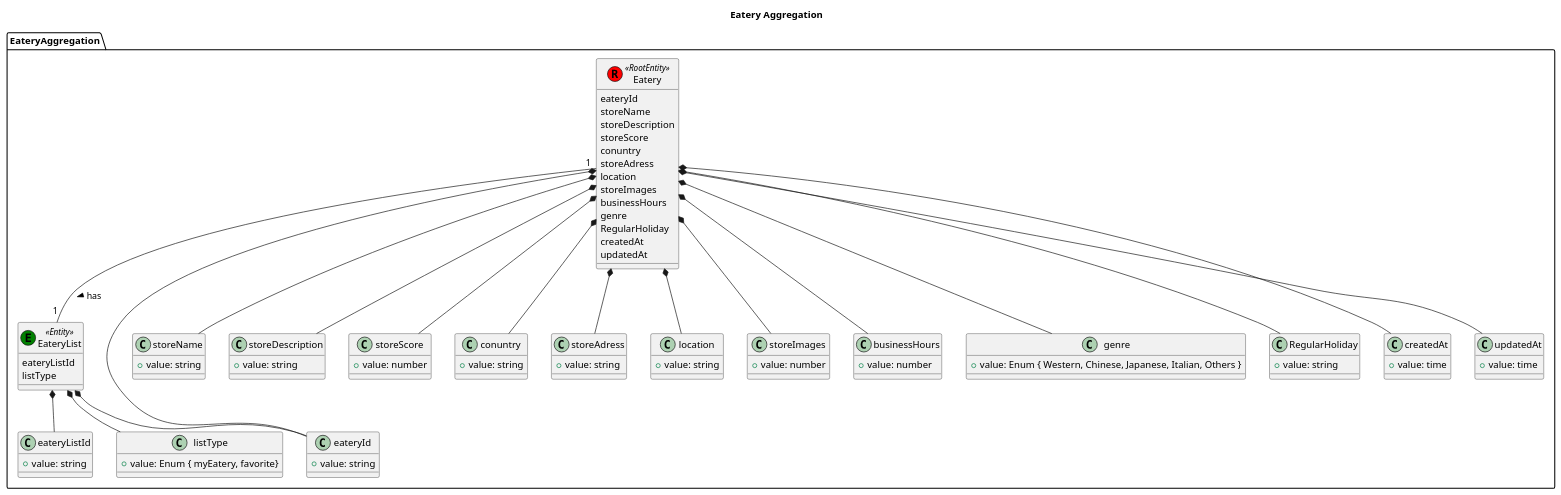
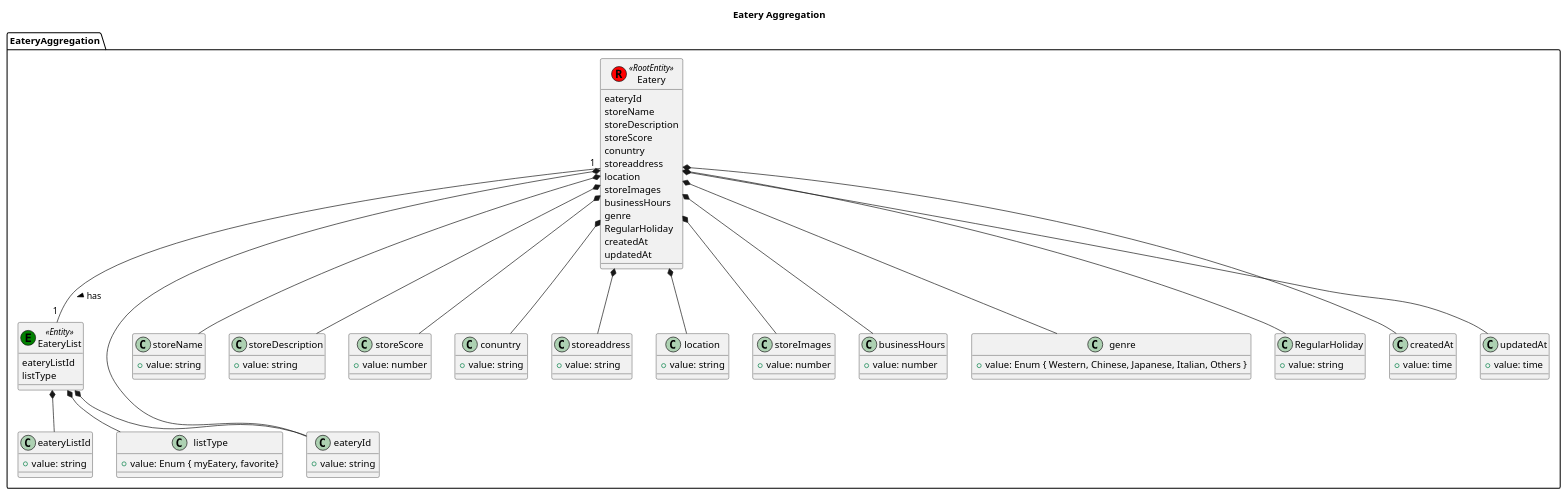
The diagram in backend/document/Domain/models/Eatery/Eatery.pu (koya-tech/bulbasaur), drawn with PlantUML before and after one commit. The commit also changed 23 other files, not shown here.

```diff
--- a/backend/document/Domain/models/Eatery/Eatery.pu
+++ b/backend/document/Domain/models/Eatery/Eatery.pu
@@ -1,109 +1,109 @@
 @startuml EateryAggregation
 
 title Eatery Aggregation
 
 package "EateryAggregation" {
     ' 1. エンティティの定義
     class Eatery << (R,red) RootEntity >> {
         eateryId
         storeName
         storeDescription
         storeScore
         conuntry
-        storeAdress
+        storeaddress
         location
         storeImages
         businessHours
         genre
         RegularHoliday
         createdAt
         updatedAt
     }
 
     class EateryList << (E,green) Entity >> {
         eateryListId
         listType
     }
 
     class eateryId {
         + value: string
     }
 
     class storeName {
         + value: string
     }
 
     class storeDescription {
         + value: string
     }
 
     class storeScore {
         + value: number
     }
 
     class conuntry {
         + value: string
     }
 
-    class storeAdress {
+    class storeaddress {
         + value: string
     }
 
     class location {
         + value: string
     }
 
     class storeImages {
         + value: number
     }
 
     class businessHours {
         + value: number
     }
 
     class genre {
         + value: Enum { Western, Chinese, Japanese, Italian, Others }
     }
 
     class RegularHoliday {
         + value: string
     }
 
     class createdAt {
         + value: time
     }
 
     class updatedAt {
         + value: time
     }
 
     class eateryListId {
         + value: string
     }
 
     class listType {
         + value: Enum { myEatery, favorite}
     }
 
     Eatery "1" -down- "1" EateryList : has >
     Eatery *-down- eateryId
     Eatery *-down- storeName
     Eatery *-down- storeDescription
     Eatery *-down- storeScore
     Eatery *-down- conuntry
-    Eatery *-down- storeAdress
+    Eatery *-down- storeaddress
     Eatery *-down- location
     Eatery *-down- storeImages
     Eatery *-down- businessHours
     Eatery *-down- genre
     Eatery *-down- RegularHoliday
     Eatery *-down- createdAt
     Eatery *-down- updatedAt
 
     EateryList *-down- eateryListId
     EateryList *-down- listType
     EateryList *-down- eateryId
 
 }
 
 @enduml
```
